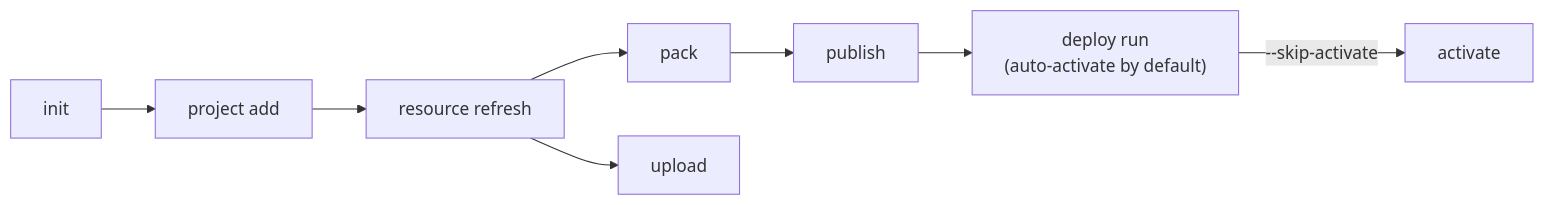
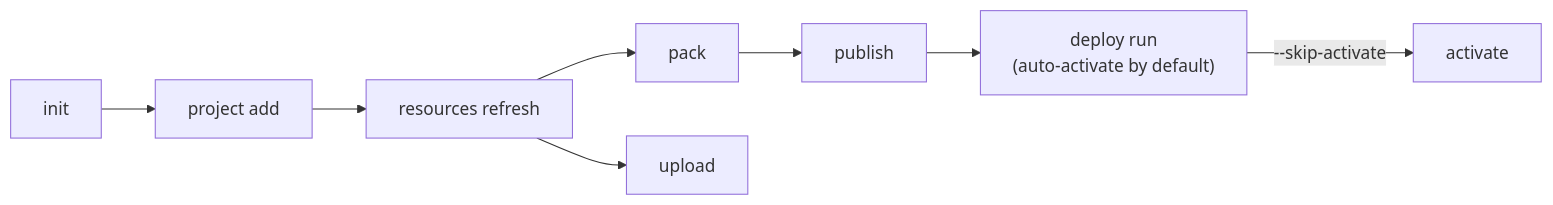
Before and after one commit to UiPath/skills: the diagram in skills/uipath-solution/references/solution-overview.md, drawn with Mermaid. The commit also changed other lines of this file and 1 other file, not shown here.

Commit message:
docs(uipath-solution): fix resources command name and deploy --config-file guidance
Two stale references in the solution skill, verified against the CLI source:

- `uip solution resource ...` -> `uip solution resources ...` (the command is
  plural — `resource.ts` registers `.command("resources")`; stragglers left
  over from the earlier #1309 migration).
- Drop the non-existent `-c <CONFIG_KEY>` deploy flag. Multi-environment
  promotion uses `uip login tenant set <tenant>` + `deploy run --config-file
  <path>` (config built with `deploy config get/set/link`); there is no
  `-c`/config-key flag (`deploy-run.ts` exposes `--config-file`).

````diff
--- a/skills/uipath-solution/references/solution-overview.md
+++ b/skills/uipath-solution/references/solution-overview.md
@@ -51,10 +51,10 @@
 ```mermaid
 graph LR
     A[init] --> B[project add]
-    B --> C[resource refresh]
+    B --> C[resources refresh]
     C --> D[pack]
     D --> E[publish]
     E --> F["deploy run<br/>(auto-activate by default)"]
     F -->|--skip-activate| G[activate]
     C --> H[upload]
 ```
````
